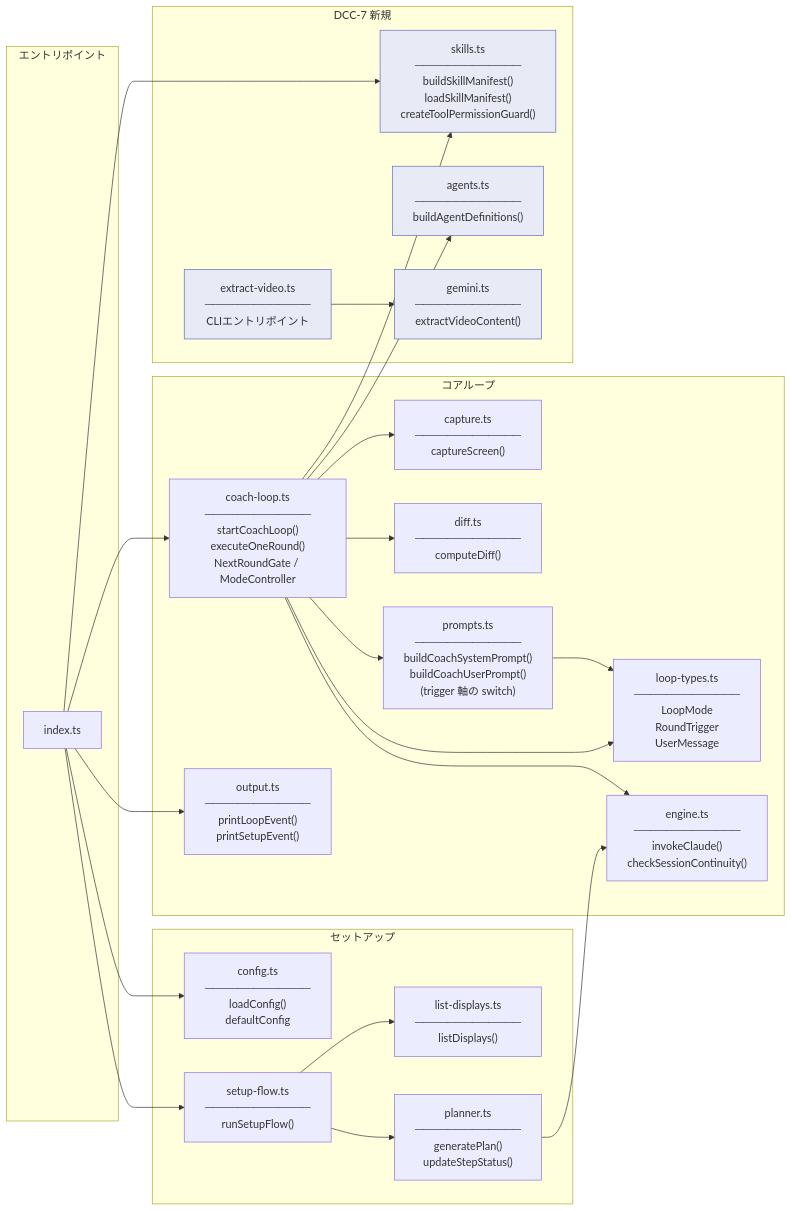
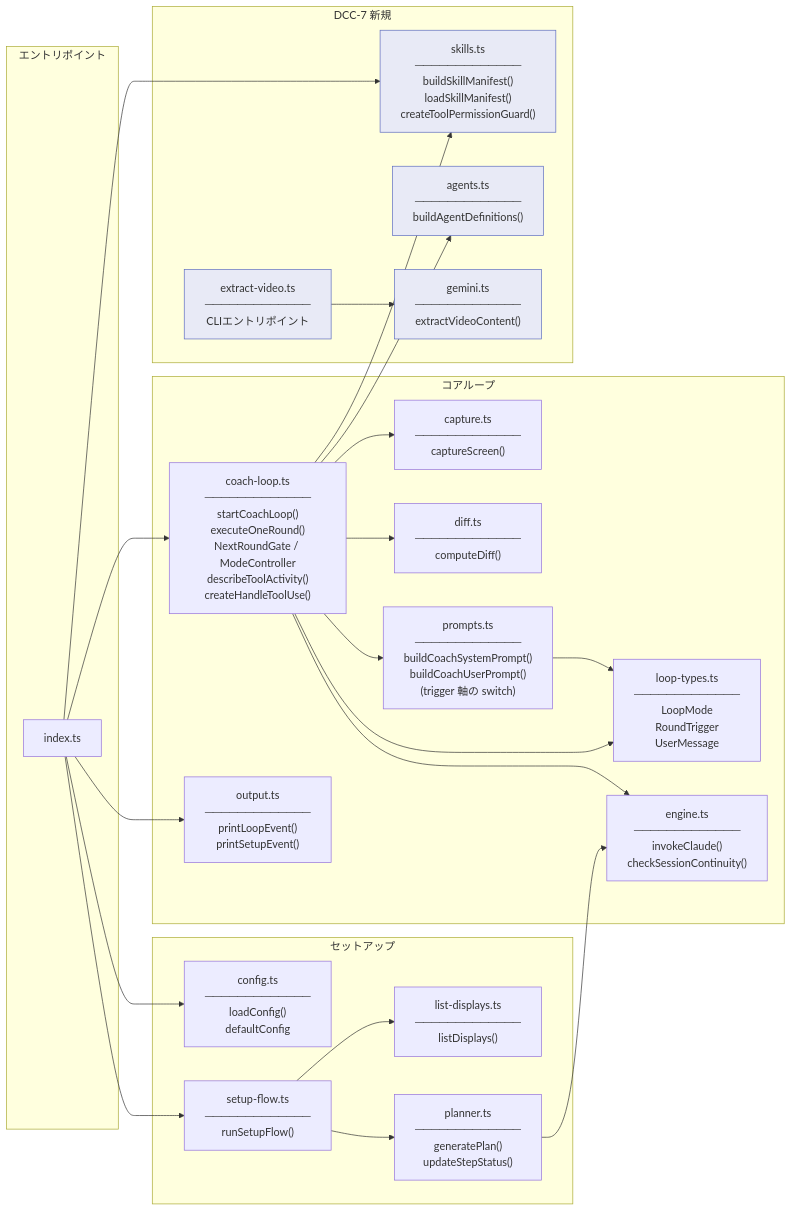
One commit to yukaorange/dcc_suport changed the second of 30 diagrams in docs/architecture.md. Above: the diagram before and after it, drawn with Mermaid. The commit also changed other lines of this file and 4 other files, not shown here.

````diff
--- a/docs/architecture.md
+++ b/docs/architecture.md
@@ -53,53 +53,53 @@
 ```mermaid
 flowchart LR
     subgraph entry ["エントリポイント"]
         index["index.ts"]
     end
 
     subgraph setup ["セットアップ"]
         config["config.ts<br>─────────────<br>loadConfig()<br>defaultConfig"]
         setupFlow["setup-flow.ts<br>─────────────<br>runSetupFlow()"]
         listDisp["list-displays.ts<br>─────────────<br>listDisplays()"]
         planner["planner.ts<br>─────────────<br>generatePlan()<br>updateStepStatus()"]
     end
 
     subgraph core ["コアループ"]
-        coachLoop["coach-loop.ts<br>─────────────<br>startCoachLoop()<br>executeOneRound()<br>NextRoundGate / ModeController"]
+        coachLoop["coach-loop.ts<br>─────────────<br>startCoachLoop()<br>executeOneRound()<br>NextRoundGate / ModeController<br>describeToolActivity()<br>createHandleToolUse()"]
         loopTypes["loop-types.ts<br>─────────────<br>LoopMode<br>RoundTrigger<br>UserMessage"]
         capture["capture.ts<br>─────────────<br>captureScreen()"]
         diff["diff.ts<br>─────────────<br>computeDiff()"]
         prompts["prompts.ts<br>─────────────<br>buildCoachSystemPrompt()<br>buildCoachUserPrompt()<br>(trigger 軸の switch)"]
         engine["engine.ts<br>─────────────<br>invokeClaude()<br>checkSessionContinuity()"]
         output["output.ts<br>─────────────<br>printLoopEvent()<br>printSetupEvent()"]
     end
 
     subgraph dcc7 ["DCC-7 新規"]
         skills["skills.ts<br>─────────────<br>buildSkillManifest()<br>loadSkillManifest()<br>createToolPermissionGuard()"]:::new
         agents["agents.ts<br>─────────────<br>buildAgentDefinitions()"]:::new
         gemini["gemini.ts<br>─────────────<br>extractVideoContent()"]:::new
         extractVideo["extract-video.ts<br>─────────────<br>CLIエントリポイント"]:::new
     end
 
     index --> config
     index --> setupFlow
     index --> coachLoop
     index --> output
     index --> skills
 
     setupFlow --> listDisp
     setupFlow --> planner
     planner --> engine
 
     coachLoop --> loopTypes
     prompts --> loopTypes
     coachLoop --> capture
     coachLoop --> diff
     coachLoop --> prompts
     coachLoop --> engine
     coachLoop --> agents
     coachLoop --> skills
 
     extractVideo --> gemini
 
     classDef new fill:#e8eaf6,stroke:#5c6bc0
 ```
````
